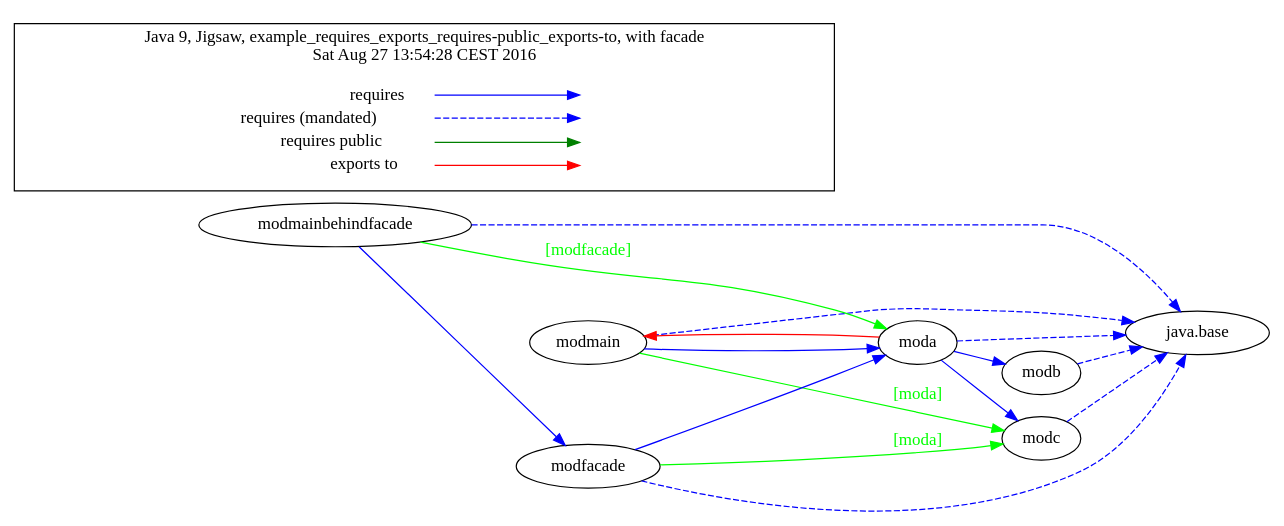
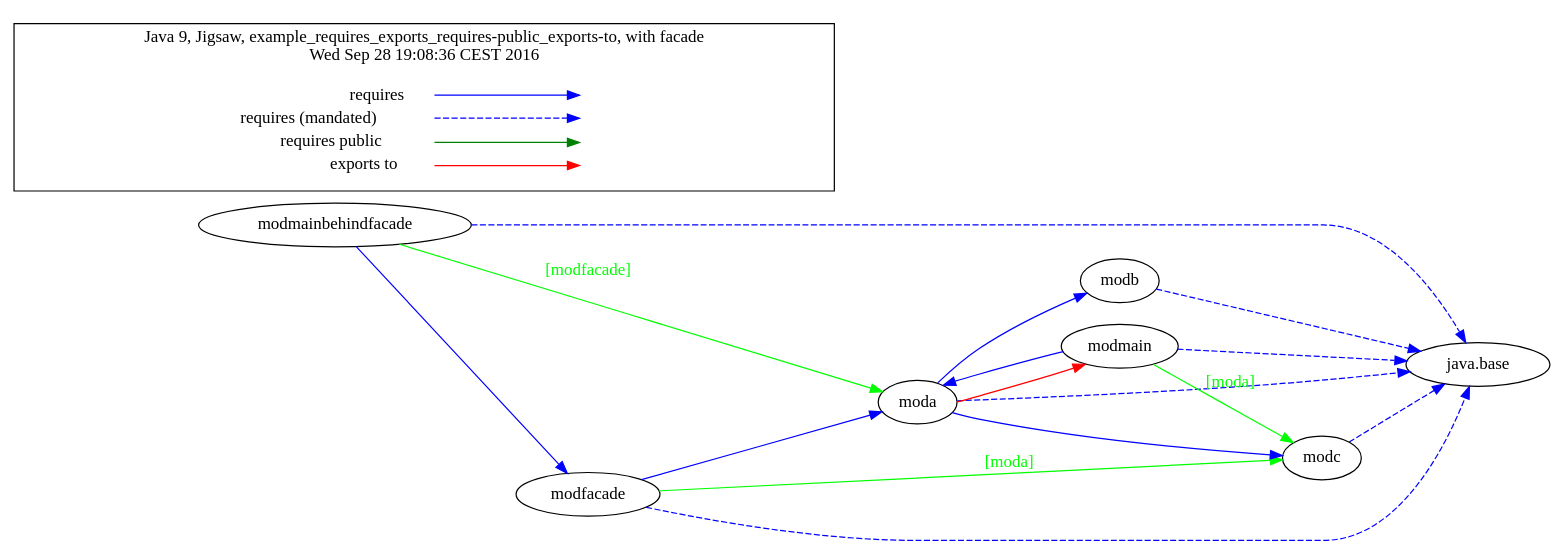
One commit to accso/java9-jigsaw-examples changed the diagram in jigsaw-examples/example_requires_exports_requires-public_exports-to/moduledependencies-with-facade-withlegend.dot. Above: the diagram before and after it, drawn with Graphviz. The commit also changed 117 other files, not shown here.

```diff
--- a/jigsaw-examples/example_requires_exports_requires-public_exports-to/moduledependencies-with-facade-withlegend.dot
+++ b/jigsaw-examples/example_requires_exports_requires-public_exports-to/moduledependencies-with-facade-withlegend.dot
@@ -1,48 +1,48 @@
-# Created by depvis.JigsawDepVisualizer on Sat Aug 27 13:54:28 CEST 2016
+# Created by depvis.JigsawDepVisualizer on Wed Sep 28 19:08:36 CEST 2016
 digraph Java9_Dependency_Visualizer {
-modmain[fontname="Consolas",shape="ellipse",label="modmain"];
-moda[fontname="Consolas",shape="ellipse",label="moda"];
+modb[fontname="Consolas",shape="ellipse",label="modb"];
 java_base[fontname="Consolas",shape="ellipse",label="java.base"];
-modc[fontname="Consolas",shape="ellipse",label="modc"];
-modb[fontname="Consolas",shape="ellipse",label="modb"];
 modmainbehindfacade[fontname="Consolas",shape="ellipse",label="modmainbehindfacade"];
 modfacade[fontname="Consolas",shape="ellipse",label="modfacade"];
-modmain -> moda[color="#0000ff",fontname="Consolas",fontcolor="#0000ff",weight="8"]
-modmain -> java_base[color="#0000ff",fontname="Consolas",fontcolor="#0000ff",style="dashed",weight="16"]
-modmain -> modc[color="#00ff00",fontname="Consolas",fontcolor="#00ff00",weight="4",label="[moda]"]
+moda[fontname="Consolas",shape="ellipse",label="moda"];
+modc[fontname="Consolas",shape="ellipse",label="modc"];
+modmain[fontname="Consolas",shape="ellipse",label="modmain"];
 modb -> java_base[color="#0000ff",fontname="Consolas",fontcolor="#0000ff",style="dashed",weight="16"]
-moda -> modc[color="#0000ff",fontname="Consolas",fontcolor="#0000ff",weight="8"]
-moda -> modb[color="#0000ff",fontname="Consolas",fontcolor="#0000ff",weight="8"]
-moda -> java_base[color="#0000ff",fontname="Consolas",fontcolor="#0000ff",style="dashed",weight="16"]
-moda -> modmain[fontname="Consolas",fontcolor="#ff0000",color="#ff0000",weight="2"]
 modmainbehindfacade -> modfacade[color="#0000ff",fontname="Consolas",fontcolor="#0000ff",weight="8"]
 modmainbehindfacade -> java_base[color="#0000ff",fontname="Consolas",fontcolor="#0000ff",style="dashed",weight="16"]
 modmainbehindfacade -> moda[color="#00ff00",fontname="Consolas",fontcolor="#00ff00",weight="4",label="[modfacade]"]
 modc -> java_base[color="#0000ff",fontname="Consolas",fontcolor="#0000ff",style="dashed",weight="16"]
 modfacade -> moda[color="#0000ff",fontname="Consolas",fontcolor="#0000ff",weight="8"]
 modfacade -> java_base[color="#0000ff",fontname="Consolas",fontcolor="#0000ff",style="dashed",weight="16"]
 modfacade -> modc[color="#00ff00",fontname="Consolas",fontcolor="#00ff00",weight="4",label="[moda]"]
+modmain -> moda[color="#0000ff",fontname="Consolas",fontcolor="#0000ff",weight="8"]
+modmain -> java_base[color="#0000ff",fontname="Consolas",fontcolor="#0000ff",style="dashed",weight="16"]
+modmain -> modc[color="#00ff00",fontname="Consolas",fontcolor="#00ff00",weight="4",label="[moda]"]
+moda -> modb[color="#0000ff",fontname="Consolas",fontcolor="#0000ff",weight="8"]
+moda -> modc[color="#0000ff",fontname="Consolas",fontcolor="#0000ff",weight="8"]
+moda -> java_base[color="#0000ff",fontname="Consolas",fontcolor="#0000ff",style="dashed",weight="16"]
+moda -> modmain[fontname="Consolas",fontcolor="#ff0000",color="#ff0000",weight="2"]
 rankdir=LR
 node [shape=plaintext]
 subgraph cluster_01 { 
   label = "Java 9, Jigsaw, example_requires_exports_requires-public_exports-to, with facade
-Sat Aug 27 13:54:28 CEST 2016"
+Wed Sep 28 19:08:36 CEST 2016"
   fontname="Consolas"
   key [label=<<table border="0" cellpadding="2" cellspacing="0" cellborder="0">
     <tr><td align="right" port="i1">requires</td></tr>
     <tr><td align="right" port="i2">requires (mandated)</td></tr>
     <tr><td align="right" port="i3">requires public</td></tr>
     <tr><td align="right" port="i4">exports to</td></tr>
     </table>>,fontname="Consolas"]
   key2 [label=<<table border="0" cellpadding="2" cellspacing="0" cellborder="0">
     <tr><td port="i1">&nbsp;</td></tr>
     <tr><td port="i2">&nbsp;</td></tr>
     <tr><td port="i3">&nbsp;</td></tr>
     <tr><td port="i4">&nbsp;</td></tr>
     </table>>,fontname="Consolas"]
   key:i1:e -> key2:i1:w [color=BLUE]
   key:i2:e -> key2:i2:w [color=BLUE, style=dashed]
   key:i3:e -> key2:i3:w [color=GREEN]
   key:i4:e -> key2:i4:w [color=RED]
 }
 }
```
